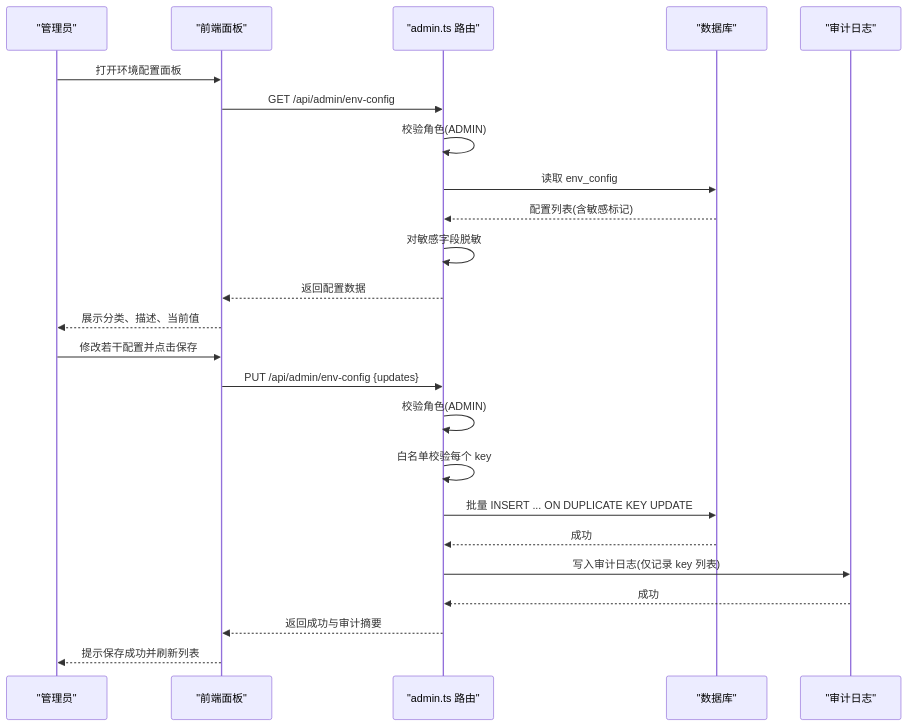
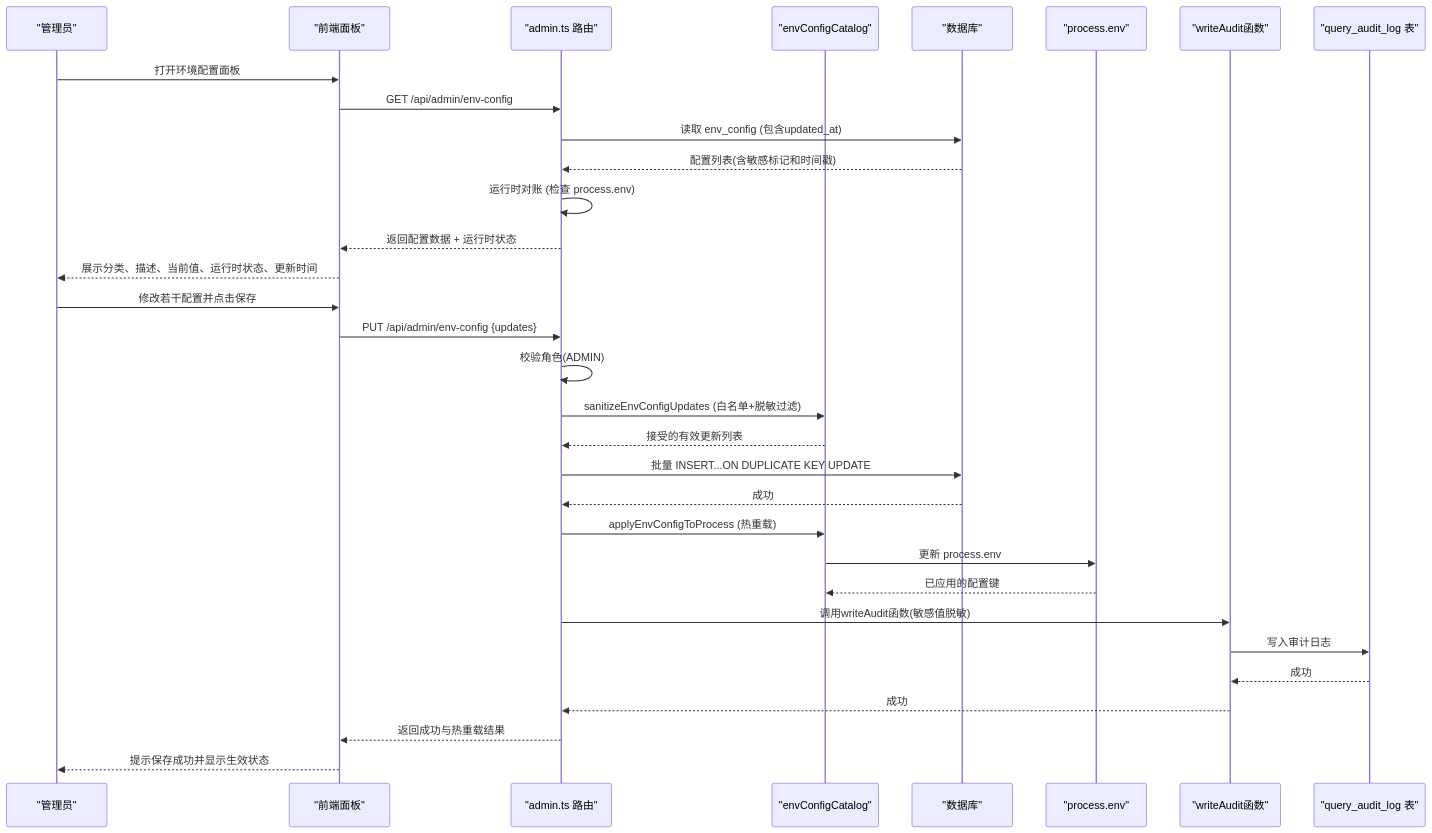
Before and after one commit to dgjin/smart-data-analytics: the second of 5 diagrams in .qoder/repowiki/zh/content/API参考/管理API/环境配置API.md, drawn with Mermaid. The commit also changed other lines of this file and 146 other files, not shown here.

````diff
--- a/.qoder/repowiki/zh/content/API参考/管理API/环境配置API.md
+++ b/.qoder/repowiki/zh/content/API参考/管理API/环境配置API.md
@@ -69,26 +96,34 @@
 ```mermaid
 sequenceDiagram
 participant U as "管理员"
 participant FE as "前端面板"
 participant API as "admin.ts 路由"
+participant Catalog as "envConfigCatalog"
 participant DB as "数据库"
-participant LOG as "审计日志"
+participant Runtime as "process.env"
+participant AUDIT as "writeAudit函数"
+participant LOG as "query_audit_log 表"
 U->>FE : 打开环境配置面板
 FE->>API : GET /api/admin/env-config
-API->>API : 校验角色(ADMIN)
-API->>DB : 读取 env_config
-DB-->>API : 配置列表(含敏感标记)
-API->>API : 对敏感字段脱敏
-API-->>FE : 返回配置数据
-FE-->>U : 展示分类、描述、当前值
+API->>DB : 读取 env_config (包含updated_at)
+DB-->>API : 配置列表(含敏感标记和时间戳)
+API->>API : 运行时对账 (检查 process.env)
+API-->>FE : 返回配置数据 + 运行时状态
+FE-->>U : 展示分类、描述、当前值、运行时状态、更新时间
 U->>FE : 修改若干配置并点击保存
 FE->>API : PUT /api/admin/env-config {updates}
 API->>API : 校验角色(ADMIN)
-API->>API : 白名单校验每个 key
-API->>DB : 批量 INSERT ... ON DUPLICATE KEY UPDATE
+API->>Catalog : sanitizeEnvConfigUpdates (白名单+脱敏过滤)
+Catalog-->>API : 接受的有效更新列表
+API->>DB : 批量 INSERT...ON DUPLICATE KEY UPDATE
 DB-->>API : 成功
-API->>LOG : 写入审计日志(仅记录 key 列表)
-LOG-->>API : 成功
-API-->>FE : 返回成功与审计摘要
-FE-->>U : 提示保存成功并刷新列表
+API->>Catalog : applyEnvConfigToProcess (热重载)
+Catalog->>Runtime : 更新 process.env
+Runtime-->>Catalog : 已应用的配置键
+API->>AUDIT : 调用writeAudit函数(敏感值脱敏)
+AUDIT->>LOG : 写入审计日志
+LOG-->>AUDIT : 成功
+AUDIT-->>API : 成功
+API-->>FE : 返回成功与热重载结果
+FE-->>U : 提示保存成功并显示生效状态
 ```
````
